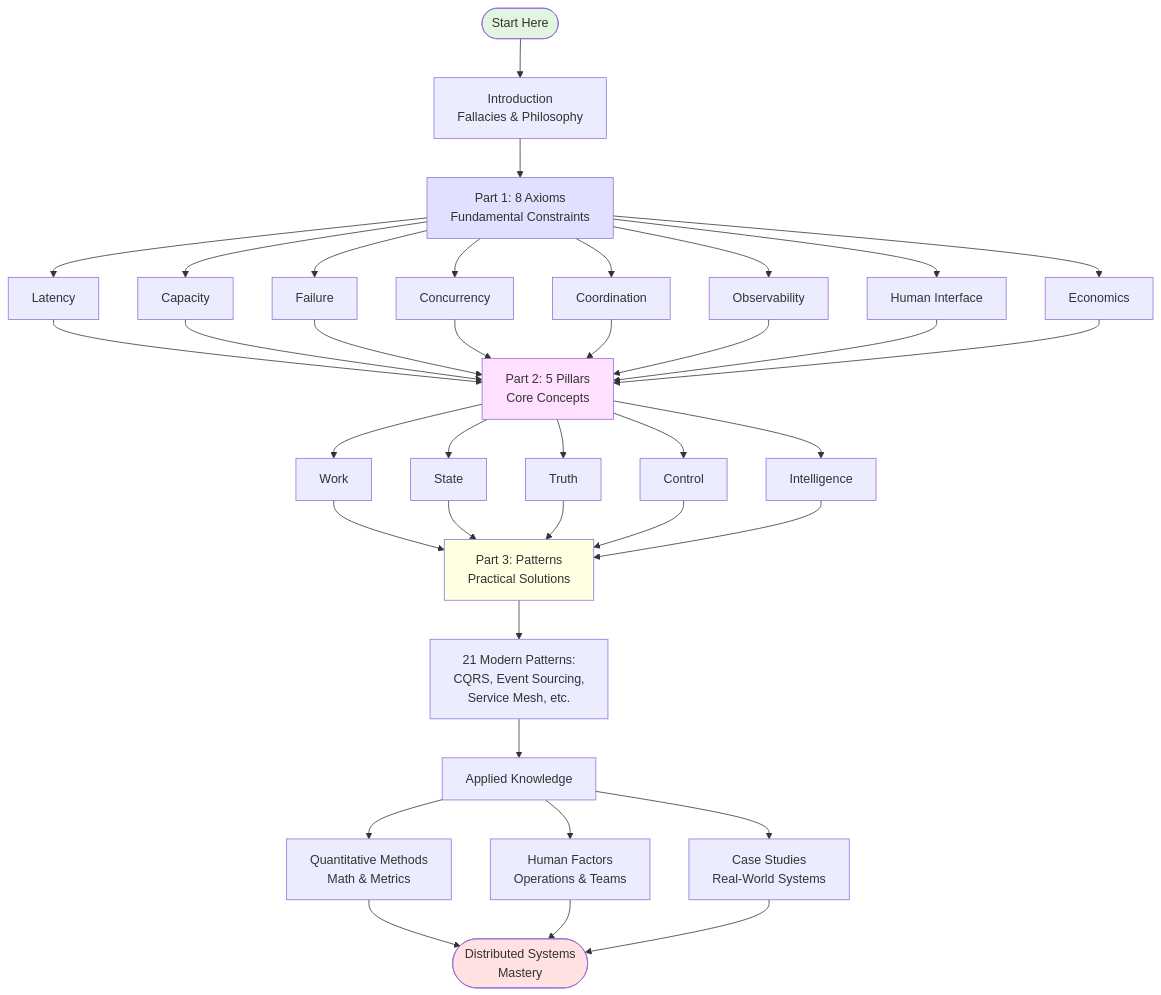
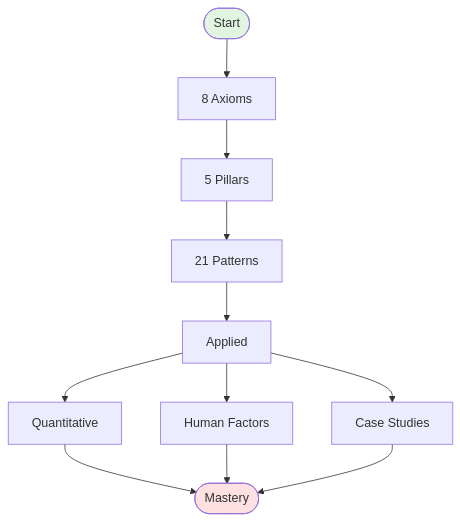
Before and after one commit to deepaucksharma/DStudio: the second of 2 diagrams in docs/introduction/index.md, drawn with Mermaid. The commit also changed other lines of this file and 210 other files, not shown here.

````diff
--- a/docs/introduction/index.md
+++ b/docs/introduction/index.md
@@ -155,41 +111,14 @@
 ```mermaid
 graph TB
-    Start([Start Here]) --> Intro[Introduction<br/>Fallacies & Philosophy]
-
-    Intro --> Axioms[Part 1: 8 Axioms<br/>Fundamental Constraints]
-
-    Axioms --> A1[Latency]
-    Axioms --> A2[Capacity]
-    Axioms --> A3[Failure]
-    Axioms --> A4[Concurrency]
-    Axioms --> A5[Coordination]
-    Axioms --> A6[Observability]
-    Axioms --> A7[Human Interface]
-    Axioms --> A8[Economics]
-
-    A1 & A2 & A3 & A4 & A5 & A6 & A7 & A8 --> Pillars[Part 2: 5 Pillars<br/>Core Concepts]
-
-    Pillars --> P1[Work]
-    Pillars --> P2[State]
-    Pillars --> P3[Truth]
-    Pillars --> P4[Control]
-    Pillars --> P5[Intelligence]
-
-    P1 & P2 & P3 & P4 & P5 --> Patterns[Part 3: Patterns<br/>Practical Solutions]
-
-    Patterns --> PatternList[21 Modern Patterns:<br/>CQRS, Event Sourcing,<br/>Service Mesh, etc.]
-
-    PatternList --> Applied[Applied Knowledge]
-
-    Applied --> Quant[Quantitative Methods<br/>Math & Metrics]
-    Applied --> Human[Human Factors<br/>Operations & Teams]
-    Applied --> Cases[Case Studies<br/>Real-World Systems]
-
-    Quant & Human & Cases --> Mastery([Distributed Systems<br/>Mastery])
-
+    Start([Start]) --> Axioms[8 Axioms]
+    Axioms --> Pillars[5 Pillars]
+    Pillars --> Patterns[21 Patterns]
+    Patterns --> Applied[Applied]
+    Applied --> Q[Quantitative]
+    Applied --> H[Human Factors]
+    Applied --> C[Case Studies]
+    Q & H & C --> M([Mastery])
+    
     style Start fill:#e1f5e1
-    style Mastery fill:#ffe1e1
-    style Axioms fill:#e1e1ff
-    style Pillars fill:#ffe1ff
-    style Patterns fill:#ffffe1
+    style M fill:#ffe1e1
 ```
````
